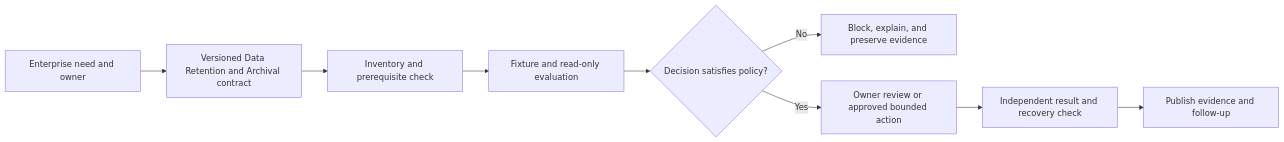
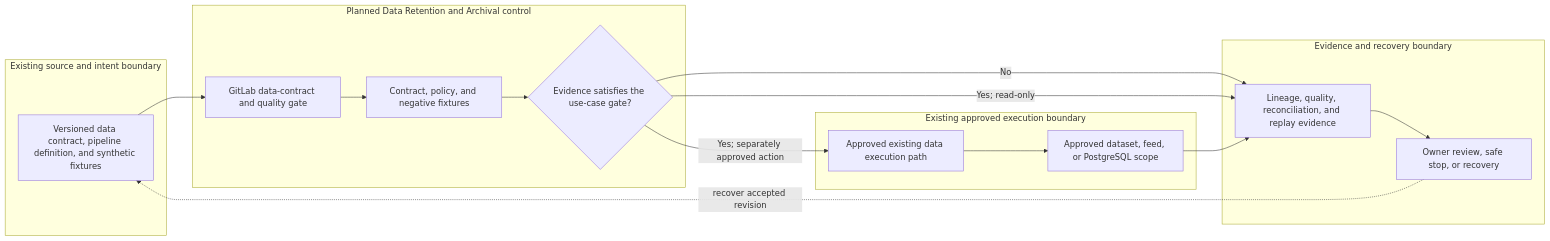
Before and after one commit to MIDHTECH/enterprise-architecture-docs: the diagram in docs/use-cases/data/UC-DATA-017-data-retention-and-archival.md, drawn with Mermaid. The commit also changed other lines of this file and 227 other files, not shown here.

Commit message:
Deepen architecture for all use case designs

````diff
--- a/docs/use-cases/data/UC-DATA-017-data-retention-and-archival.md
+++ b/docs/use-cases/data/UC-DATA-017-data-retention-and-archival.md
@@ -136,11 +129,25 @@
 ```mermaid
 flowchart LR
-    Need["Enterprise need and owner"] --> Contract["Versioned Data Retention and Archival contract"]
-    Contract --> Preflight["Inventory and prerequisite check"]
-    Preflight --> Evaluate["Fixture and read-only evaluation"]
-    Evaluate --> Decision{"Decision satisfies policy?"}
-    Decision -->|No| Stop["Block, explain, and preserve evidence"]
-    Decision -->|Yes| Review["Owner review or approved bounded action"]
-    Review --> Verify["Independent result and recovery check"]
-    Verify --> Publish["Publish evidence and follow-up"]
+    subgraph Source["Existing source and intent boundary"]
+        A["Versioned data contract, pipeline definition, and synthetic fixtures"]
+    end
+    subgraph Planned["Planned Data Retention and Archival control"]
+        B["GitLab data-contract and quality gate"]
+        C["Contract, policy, and negative fixtures"]
+        D{"Evidence satisfies the use-case gate?"}
+    end
+    subgraph Runtime["Existing approved execution boundary"]
+        E["Approved existing data execution path"]
+        F["Approved dataset, feed, or PostgreSQL scope"]
+    end
+    subgraph Assurance["Evidence and recovery boundary"]
+        G["Lineage, quality, reconciliation, and replay evidence"]
+        H["Owner review, safe stop, or recovery"]
+    end
+
+    A --> B --> C --> D
+    D -->|No| G --> H
+    D -->|Yes; read-only| G
+    D -->|Yes; separately approved action| E --> F --> G
+    H -. recover accepted revision .-> A
 ```
````
